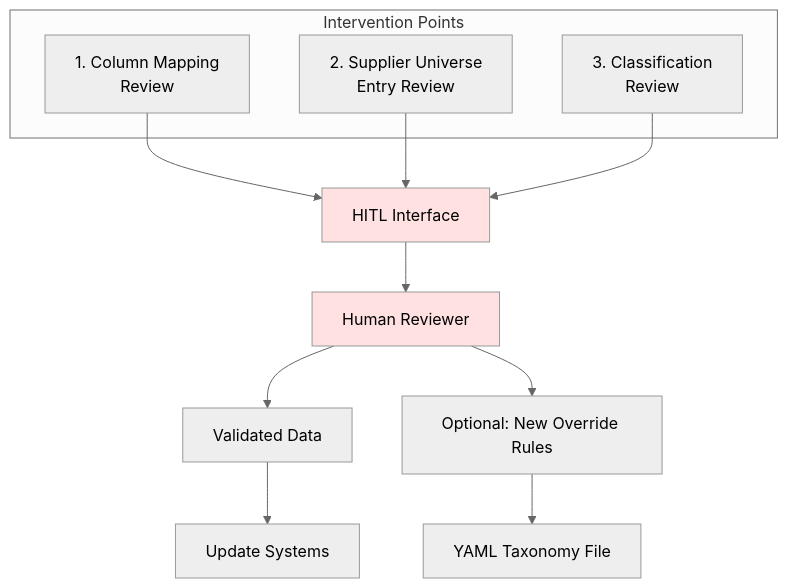
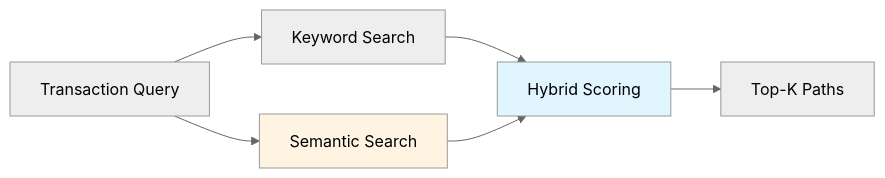
One commit to prince1823/colab91-ap-agent changed the sixth of 11 diagrams in docs/architecture.md. Above: the diagram before and after it, drawn with Mermaid (neutral theme). The commit also changed other lines of this file and 1 other file, not shown here.

````diff
--- a/docs/architecture.md
+++ b/docs/architecture.md
@@ -668,23 +156,11 @@
 ```mermaid
-flowchart TB
-    subgraph "Intervention Points"
-        A[1. Column Mapping<br/>Review]
-        B[2. Supplier Universe<br/>Entry Review]
-        C[3. Classification<br/>Review]
-    end
+flowchart LR
+    A[Transaction Query] --> B[Keyword Search]
+    A --> C[Semantic Search]
+    B --> D[Hybrid Scoring]
+    C --> D
+    D --> E[Top-K Paths]
     
-    A --> E[HITL Interface]
-    B --> E
-    C --> E
-    
-    E --> F[Human Reviewer]
-    
-    F --> G[Validated Data]
-    F --> H[Optional: New Override Rules]
-    
-    G --> I[Update Systems]
-    H --> J[YAML Taxonomy File]
-    
-    style E fill:#ffe1e1
-    style F fill:#ffe1e1
+    style C fill:#fff4e1
+    style D fill:#e1f5ff
 ```
````
